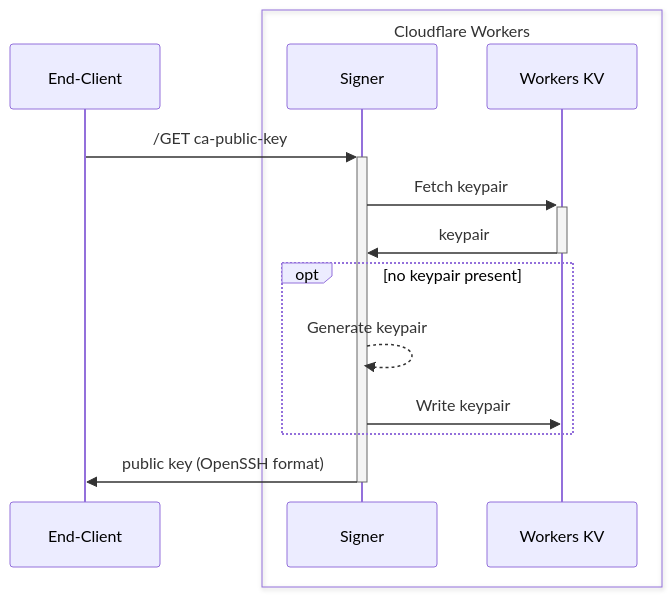
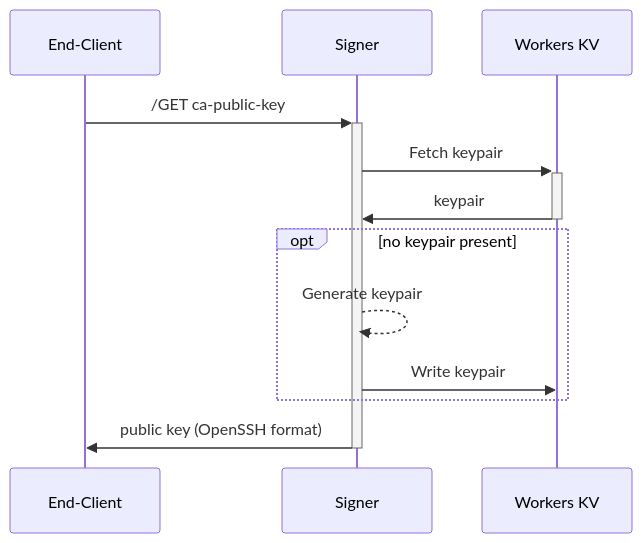
One commit to kory33/cf-worker-as-openssh-ca changed the first of 2 diagrams in README.md. Above: the diagram before and after it, drawn with Mermaid. The commit also changed other lines of this file, not shown here.

Commit message:
fix: no boxes in mermaid diagrams :cry:

````diff
--- a/README.md
+++ b/README.md
@@ -15,18 +15,16 @@
 ```mermaid
 sequenceDiagram
     participant EC as End-Client
 
-    box Cloudflare Workers
-        participant S as Signer
-        participant WKV as Workers KV
-    end
+    participant S as Signer
+    participant WKV as Workers KV
 
     EC->>+S: /GET ca-public-key
-      S->>+WKV: Fetch keypair
-      WKV->>-S: keypair
-      opt no keypair present
-        S-->>S: Generate keypair
-        S->>WKV: Write keypair
-      end
+        S->>+WKV: Fetch keypair
+        WKV->>-S: keypair
+        opt no keypair present
+            S-->>S: Generate keypair
+            S->>WKV: Write keypair
+        end
     S->>-EC: public key (OpenSSH format)
 ```
````
